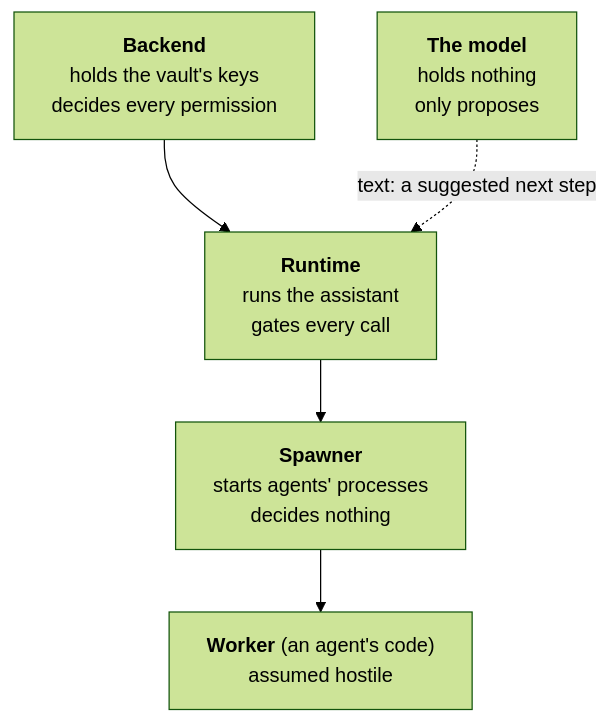
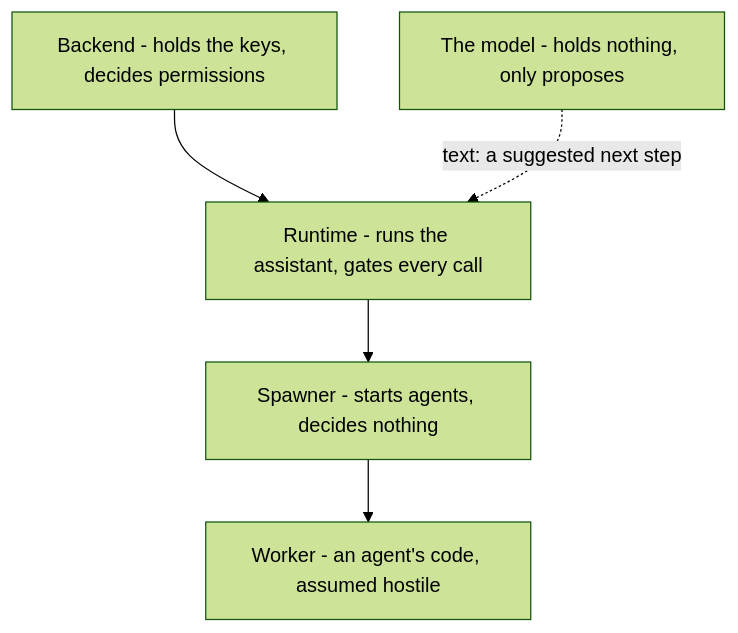
One commit to decentai-io/decentai changed the diagram in docs/paper/02-the-idea.md. Above: the diagram before and after it, drawn with Mermaid (forest theme). The commit also changed other lines of this file and 19 other files, not shown here.

````diff
--- a/docs/paper/02-the-idea.md
+++ b/docs/paper/02-the-idea.md
@@ -62,10 +62,12 @@
 ```mermaid
 flowchart TB
-    B["<b>Backend</b><br/>holds the vault's keys<br/>decides every permission"]
-    R["<b>Runtime</b><br/>runs the assistant<br/>gates every call"]
-    S["<b>Spawner</b><br/>starts agents' processes<br/>decides nothing"]
-    W["<b>Worker</b> (an agent's code)<br/>assumed hostile"]
-    M["<b>The model</b><br/>holds nothing<br/>only proposes"]
-    B --> R --> S --> W
-    M -. "text: a suggested next step" .-> R
+    B["Backend - holds the keys, decides permissions"]
+    R["Runtime - runs the assistant, gates every call"]
+    S["Spawner - starts agents, decides nothing"]
+    W["Worker - an agent's code, assumed hostile"]
+    M["The model - holds nothing, only proposes"]
+    B --> R
+    R --> S
+    S --> W
+    M -.->|"text: a suggested next step"| R
 ```
````
